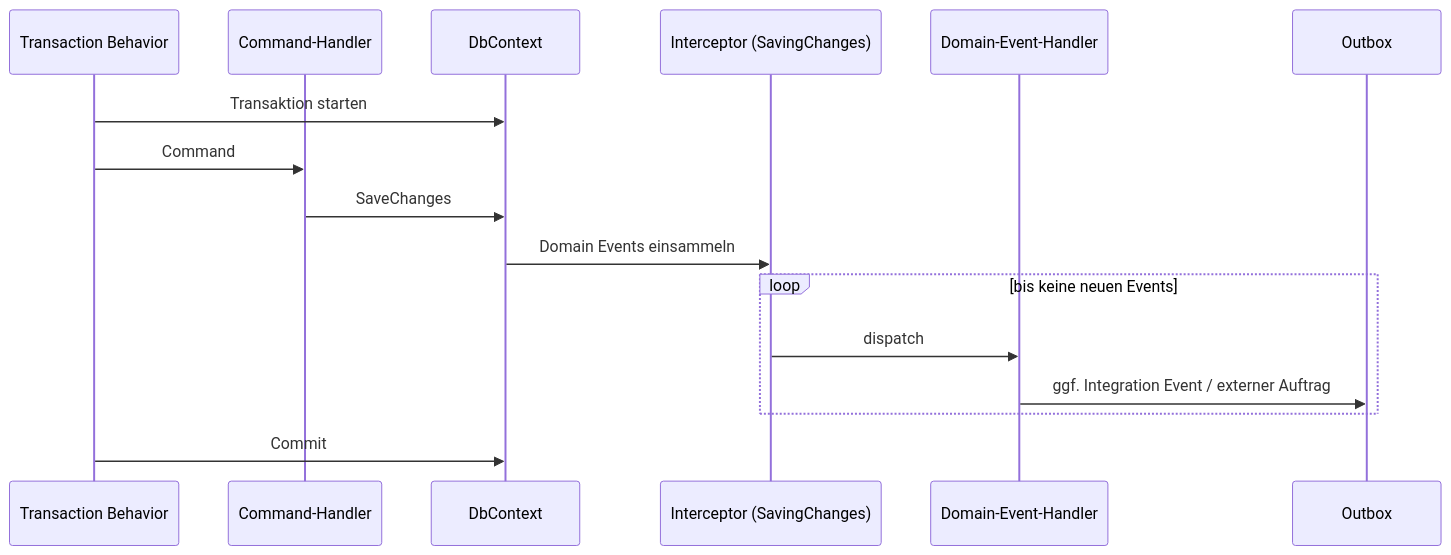
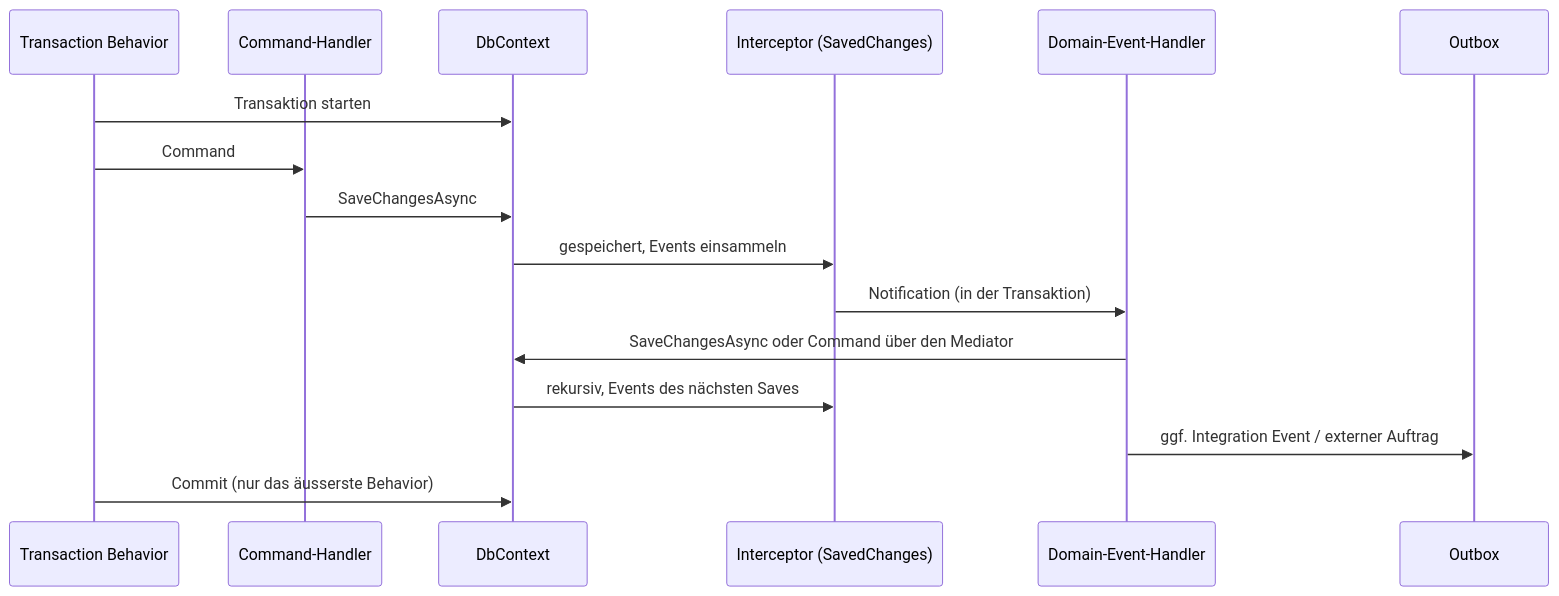
The second of 4 diagrams in docs/architecture/architecture-smart-home-2026-11-11/ARCHITECTURE-SPINE.md (mueld/smart-home), drawn with Mermaid before and after one commit. The commit also changed other lines of this file and 17 other files, not shown here.

First line of the commit message:
feat: Kernel mit Mediator-Pipeline, Transaction Behavior und DomainEventInterceptor

````diff
--- a/docs/architecture/architecture-smart-home-2026-11-11/ARCHITECTURE-SPINE.md
+++ b/docs/architecture/architecture-smart-home-2026-11-11/ARCHITECTURE-SPINE.md
@@ -90,18 +90,18 @@
 ```mermaid
 sequenceDiagram
     participant TB as Transaction Behavior
     participant H as Command-Handler
     participant DB as DbContext
-    participant IC as Interceptor (SavingChanges)
+    participant IC as Interceptor (SavedChanges)
     participant DH as Domain-Event-Handler
     participant OB as Outbox
     TB->>DB: Transaktion starten
     TB->>H: Command
-    H->>DB: SaveChanges
-    DB->>IC: Domain Events einsammeln
-    loop bis keine neuen Events
-        IC->>DH: dispatch
-        DH->>OB: ggf. Integration Event / externer Auftrag
-    end
-    TB->>DB: Commit
+    H->>DB: SaveChangesAsync
+    DB->>IC: gespeichert, Events einsammeln
+    IC->>DH: Notification (in der Transaktion)
+    DH->>DB: SaveChangesAsync oder Command über den Mediator
+    DB->>IC: rekursiv, Events des nächsten Saves
+    DH->>OB: ggf. Integration Event / externer Auftrag
+    TB->>DB: Commit (nur das äusserste Behavior)
 ```
````
